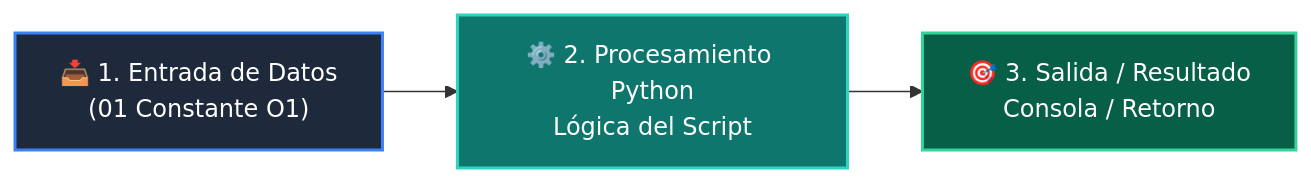
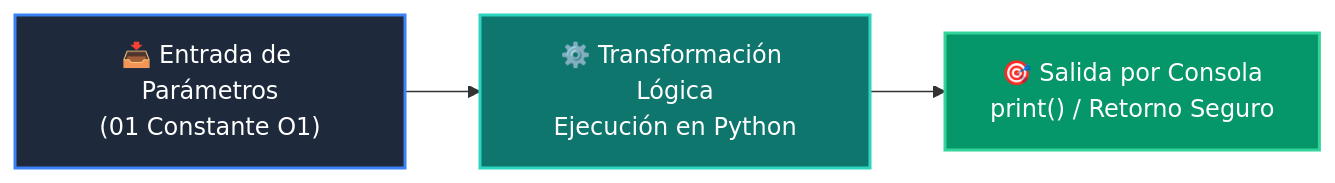
Before and after one commit to wisrovi/wisrovi-python: the diagram in 02-algoritmos-estructuras/clase-01-analisis-complejidad-big-o/ejemplos/ejemplo_01_constante_o1/README.md, drawn with Mermaid. The commit also changed other lines of this file and 226 other files, not shown here.

Commit message:
docs: elevate all repository READMEs to world-class mastery standard with rich pedagogical architecture, custom Mermaids, and professional styling

````diff
--- a/02-algoritmos-estructuras/clase-01-analisis-complejidad-big-o/ejemplos/ejemplo_01_constante_o1/README.md
+++ b/02-algoritmos-estructuras/clase-01-analisis-complejidad-big-o/ejemplos/ejemplo_01_constante_o1/README.md
@@ -12,9 +19,9 @@
 ```mermaid
 flowchart LR
-    A["📥 1. Entrada de Datos<br/>(01 Constante O1)"] --> B["⚙️ 2. Procesamiento Python<br/>Lógica del Script"]
-    B --> C["🎯 3. Salida / Resultado<br/>Consola / Retorno"]
+    A["📥 Entrada de Parámetros<br/>(01 Constante O1)"] --> B["⚙️ Transformación Lógica<br/>Ejecución en Python"]
+    B --> C["🎯 Salida por Consola<br/>print() / Retorno Seguro"]
 
-    style A fill:#1e293b,color:#fff,stroke:#3b82f6,stroke-width:2px
-    style B fill:#0f766e,color:#fff,stroke:#2dd4bf,stroke-width:2px
-    style C fill:#065f46,color:#fff,stroke:#34d399,stroke-width:2px
+    style A fill:#1e293b,color:#ffffff,stroke:#3b82f6,stroke-width:2px
+    style B fill:#0f766e,color:#ffffff,stroke:#2dd4bf,stroke-width:2px
+    style C fill:#059669,color:#ffffff,stroke:#34d399,stroke-width:2px
 ```
````
